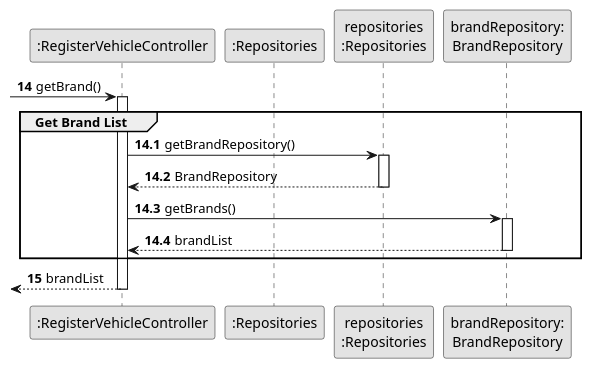
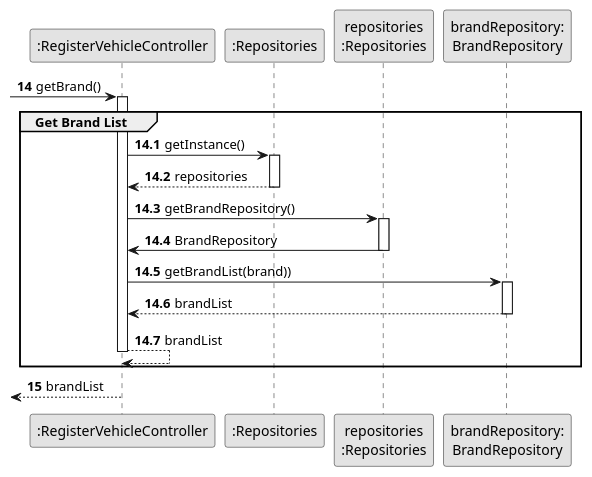
The diagram in docs/sprintB/us006/03.design/puml/us006-sequence-diagram-partial-get-brand-list.puml (ricardomm7/leaflink), drawn with PlantUML before and after one commit. The commit also changed 6 other files, not shown here.

Commit message:
LFC2-88<Correct get issues on US006 SD and start class diagram> LFC2-90<Correct some US008 SD issue and start class diagram> LFC2-139<Add US on use-case-diagram.md>

```diff
--- a/docs/sprintB/us006/03.design/puml/us006-sequence-diagram-partial-get-brand-list.puml
+++ b/docs/sprintB/us006/03.design/puml/us006-sequence-diagram-partial-get-brand-list.puml
@@ -1,41 +1,50 @@
 @startuml
 skinparam monochrome true
 skinparam packageStyle rectangle
 skinparam shadowing false
 
 autonumber
 
 'hide footbox
 
 participant ":RegisterVehicleController" as CTRL
 participant ":Repositories" as RepositorySingleton
 participant "repositories\n:Repositories" as PLAT
 participant "brandRepository:\nBrandRepository" as BrandRepository
 autonumber 14
 
  -> CTRL : getBrand()
 autonumber 14.1
 
 activate CTRL
 
     group Get Brand List
 
-            CTRL -> PLAT : getBrandRepository()
-            activate PLAT
+            CTRL -> RepositorySingleton : getInstance()
+                            activate RepositorySingleton
 
-            PLAT --> CTRL: BrandRepository
-            deactivate PLAT
+                            RepositorySingleton --> CTRL: repositories
+                            deactivate RepositorySingleton
 
-            CTRL -> BrandRepository : getBrands()
-            activate BrandRepository
+                            CTRL -> PLAT : getBrandRepository()
+                            activate PLAT
 
-            BrandRepository --> CTRL : brandList
-            deactivate BrandRepository
+                            PLAT -> CTRL : BrandRepository
+                            deactivate PLAT
+
+                            CTRL -> BrandRepository : getBrandList(brand))
+                            activate BrandRepository
+
+                            BrandRepository --> CTRL : brandList
+                            deactivate BrandRepository
+
+                            CTRL --> CTRL : brandList
+                            deactivate CTRL
 
     end
     autonumber 15
     <-- CTRL  : brandList
 deactivate CTRL
 
 
 @enduml
```
